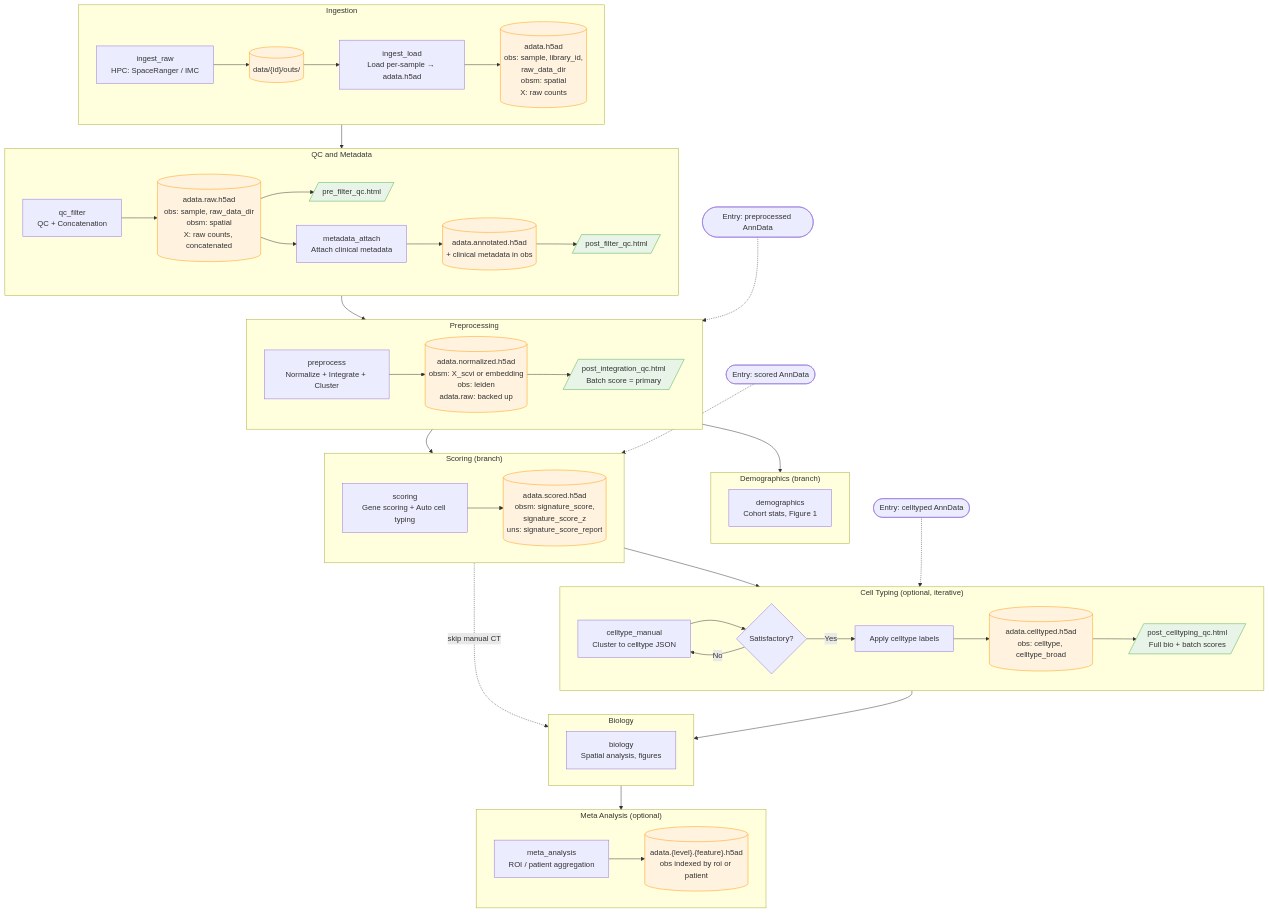
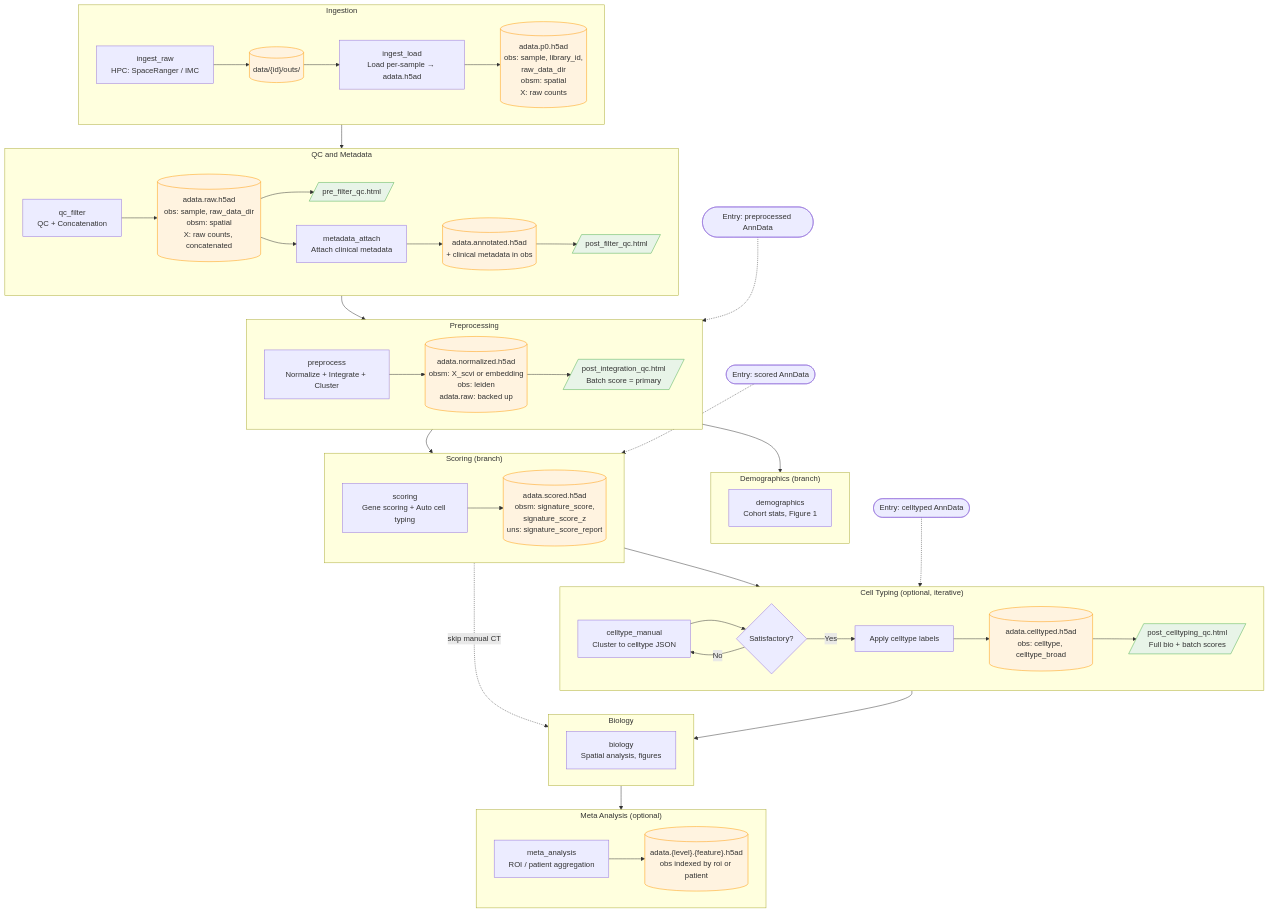
One commit to yoffelab/sc_tools changed the diagram in README.md. Above: the diagram before and after it, drawn with Mermaid. The commit also changed other lines of this file and 30 other files, not shown here.

````diff
--- a/README.md
+++ b/README.md
@@ -70,70 +70,70 @@
 ```mermaid
 flowchart TD
     subgraph ING["Ingestion"]
         Z1["ingest_raw<br/>HPC: SpaceRanger / IMC"] --> CP0a[("data/{id}/outs/")]
         CP0a --> Z2["ingest_load<br/>Load per-sample → adata.h5ad"]
-        Z2 --> CP0b[("adata.h5ad<br/>obs: sample, library_id,<br/>raw_data_dir<br/>obsm: spatial<br/>X: raw counts")]
+        Z2 --> CP0b[("adata.p0.h5ad<br/>obs: sample, library_id,<br/>raw_data_dir<br/>obsm: spatial<br/>X: raw counts")]
     end
 
     subgraph QC["QC and Metadata"]
         A1["qc_filter<br/>QC + Concatenation"] --> CP1[("adata.raw.h5ad<br/>obs: sample, raw_data_dir<br/>obsm: spatial<br/>X: raw counts, concatenated")]
         CP1 --> QR1[/"pre_filter_qc.html"/]
         CP1 --> A2["metadata_attach<br/>Attach clinical metadata"]
         A2 --> CP2[("adata.annotated.h5ad<br/>+ clinical metadata in obs")]
         CP2 --> QR2[/"post_filter_qc.html"/]
     end
 
     subgraph PRE["Preprocessing"]
         C1["preprocess<br/>Normalize + Integrate + Cluster"] --> CP3[("adata.normalized.h5ad<br/>obsm: X_scvi or embedding<br/>obs: leiden<br/>adata.raw: backed up")]
         CP3 --> QR3[/"post_integration_qc.html<br/>Batch score = primary"/]
     end
 
     subgraph DEM["Demographics (branch)"]
         D1["demographics<br/>Cohort stats, Figure 1"]
     end
 
     subgraph SCO["Scoring (branch)"]
         D3["scoring<br/>Gene scoring + Auto cell typing"] --> CP35[("adata.scored.h5ad<br/>obsm: signature_score,<br/>signature_score_z<br/>uns: signature_score_report")]
     end
 
     subgraph CT["Cell Typing (optional, iterative)"]
         E1["celltype_manual<br/>Cluster to celltype JSON"] --> E2{Satisfactory?}
         E2 -->|No| E1
         E2 -->|Yes| E3[Apply celltype labels]
         E3 --> CP4[("adata.celltyped.h5ad<br/>obs: celltype, celltype_broad")]
         CP4 --> QR4[/"post_celltyping_qc.html<br/>Full bio + batch scores"/]
     end
 
     subgraph BIO["Biology"]
         F1["biology<br/>Spatial analysis, figures"]
     end
 
     subgraph META["Meta Analysis (optional)"]
         G1["meta_analysis<br/>ROI / patient aggregation"] --> CP67[("adata.{level}.{feature}.h5ad<br/>obs indexed by roi or patient")]
     end
 
     ING --> QC --> PRE
     PRE --> DEM
     PRE --> SCO
     SCO --> CT
     SCO -.->|skip manual CT| BIO
     CT --> BIO
     BIO --> META
 
     START_P3(["Entry: preprocessed AnnData"]) -.-> PRE
     START_P35(["Entry: scored AnnData"]) -.-> SCO
     START_P4(["Entry: celltyped AnnData"]) -.-> CT
 
     style CP0a fill:#fff3e0,stroke:#ff9800
     style CP0b fill:#fff3e0,stroke:#ff9800
     style CP1 fill:#fff3e0,stroke:#ff9800
     style CP2 fill:#fff3e0,stroke:#ff9800
     style CP3 fill:#fff3e0,stroke:#ff9800
     style CP35 fill:#fff3e0,stroke:#ff9800
     style CP4 fill:#fff3e0,stroke:#ff9800
     style CP67 fill:#fff3e0,stroke:#ff9800
     style QR1 fill:#e8f4e8,stroke:#4caf50
     style QR2 fill:#e8f4e8,stroke:#4caf50
     style QR3 fill:#e8f4e8,stroke:#4caf50
     style QR4 fill:#e8f4e8,stroke:#4caf50
 ```
````
